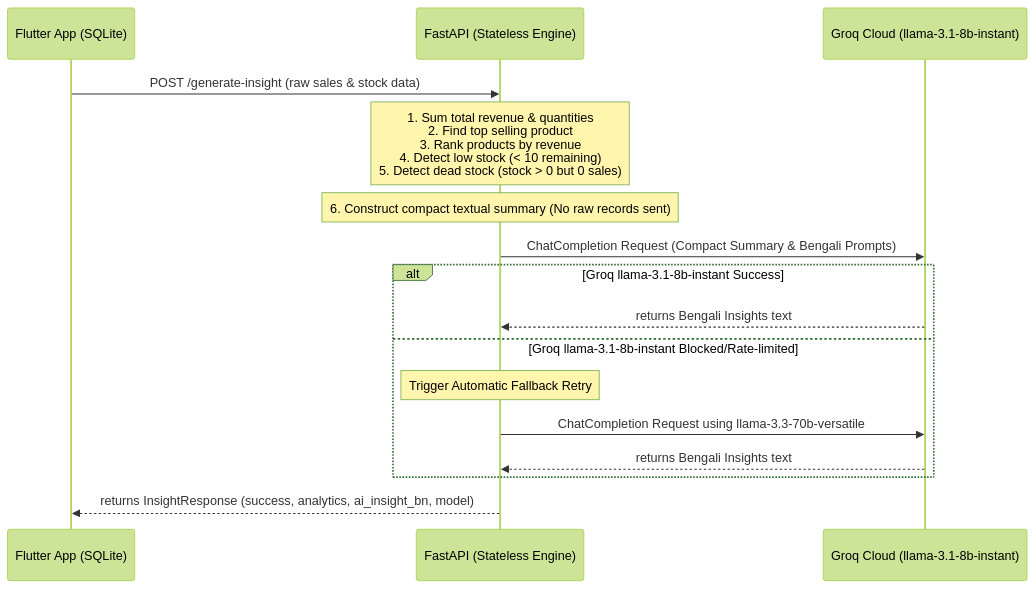
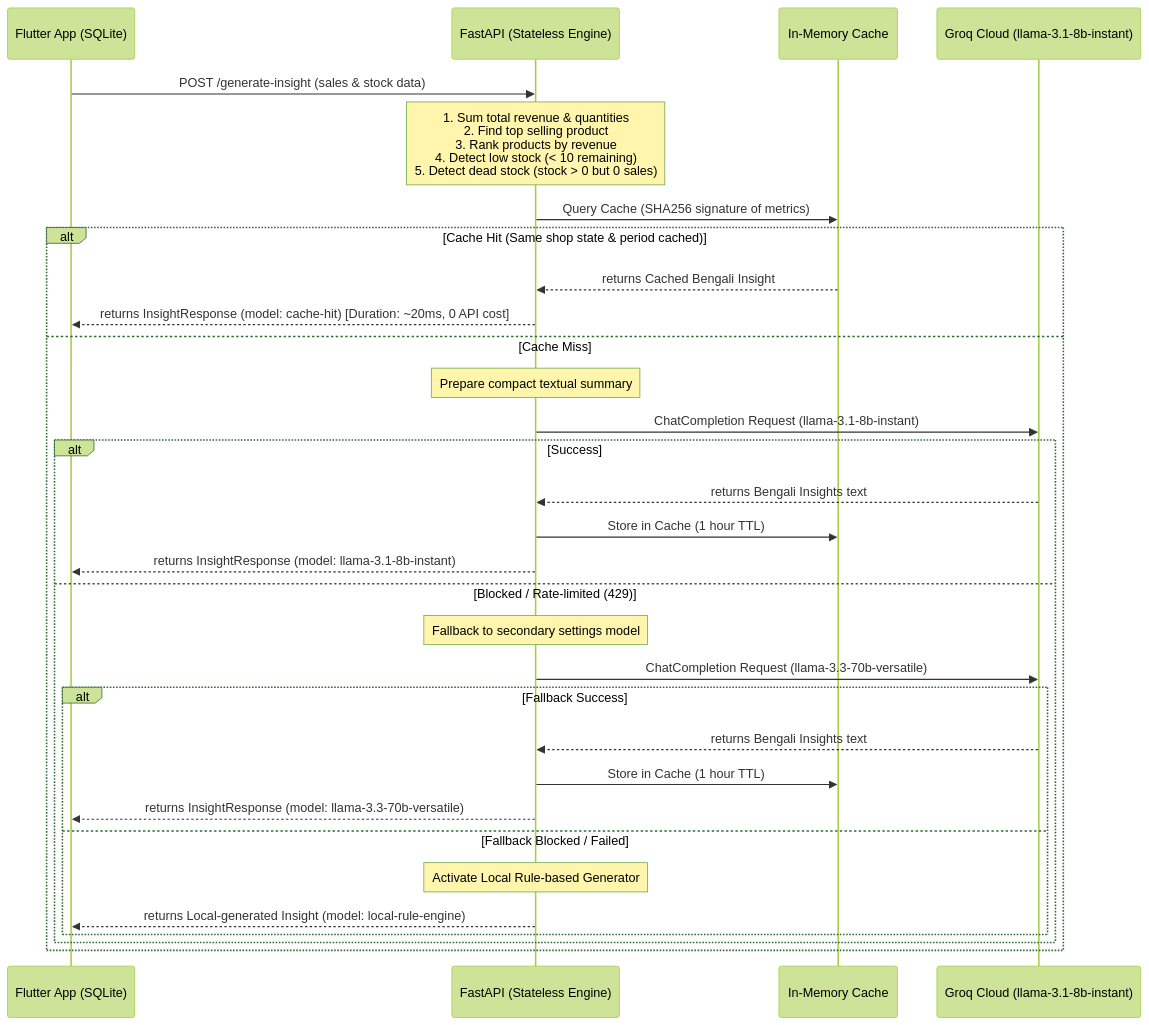
One commit to JAHIDUL456/chatbot-test changed the diagram in FLOW_AND_CODE.md. Above: the diagram before and after it, drawn with Mermaid (forest theme). The commit also changed other lines of this file and 3 other files, not shown here.

Commit message:
feat: implement in-memory TTL caching for insight generation to reduce LLM API latency and costs

````diff
--- a/FLOW_AND_CODE.md
+++ b/FLOW_AND_CODE.md
@@ -11,19 +14,34 @@
 ```mermaid
 sequenceDiagram
     participant Flutter as Flutter App (SQLite)
     participant FastAPI as FastAPI (Stateless Engine)
+    participant Cache as In-Memory Cache
     participant Groq as Groq Cloud (llama-3.1-8b-instant)
 
-    Flutter->>FastAPI: POST /generate-insight (raw sales & stock data)
+    Flutter->>FastAPI: POST /generate-insight (sales & stock data)
     Note over FastAPI: 1. Sum total revenue & quantities<br/>2. Find top selling product<br/>3. Rank products by revenue<br/>4. Detect low stock (< 10 remaining)<br/>5. Detect dead stock (stock > 0 but 0 sales)
-    Note over FastAPI: 6. Construct compact textual summary (No raw records sent)
-    FastAPI->>Groq: ChatCompletion Request (Compact Summary & Bengali Prompts)
-    alt Groq llama-3.1-8b-instant Success
-        Groq-->>FastAPI: returns Bengali Insights text
-    else Groq llama-3.1-8b-instant Blocked/Rate-limited
-        Note over FastAPI: Trigger Automatic Fallback Retry
-        FastAPI->>Groq: ChatCompletion Request using llama-3.3-70b-versatile
-        Groq-->>FastAPI: returns Bengali Insights text
+    FastAPI->>Cache: Query Cache (SHA256 signature of metrics)
+    alt Cache Hit (Same shop state & period cached)
+        Cache-->>FastAPI: returns Cached Bengali Insight
+        FastAPI-->>Flutter: returns InsightResponse (model: cache-hit) [Duration: ~20ms, 0 API cost]
+    else Cache Miss
+        Note over FastAPI: Prepare compact textual summary
+        FastAPI->>Groq: ChatCompletion Request (llama-3.1-8b-instant)
+        alt Success
+            Groq-->>FastAPI: returns Bengali Insights text
+            FastAPI->>Cache: Store in Cache (1 hour TTL)
+            FastAPI-->>Flutter: returns InsightResponse (model: llama-3.1-8b-instant)
+        else Blocked / Rate-limited (429)
+            Note over FastAPI: Fallback to secondary settings model
+            FastAPI->>Groq: ChatCompletion Request (llama-3.3-70b-versatile)
+            alt Fallback Success
+                Groq-->>FastAPI: returns Bengali Insights text
+                FastAPI->>Cache: Store in Cache (1 hour TTL)
+                FastAPI-->>Flutter: returns InsightResponse (model: llama-3.3-70b-versatile)
+            else Fallback Blocked / Failed
+                Note over FastAPI: Activate Local Rule-based Generator
+                FastAPI-->>Flutter: returns Local-generated Insight (model: local-rule-engine)
+            end
+        end
     end
-    FastAPI-->>Flutter: returns InsightResponse (success, analytics, ai_insight_bn, model)
 ```
````
